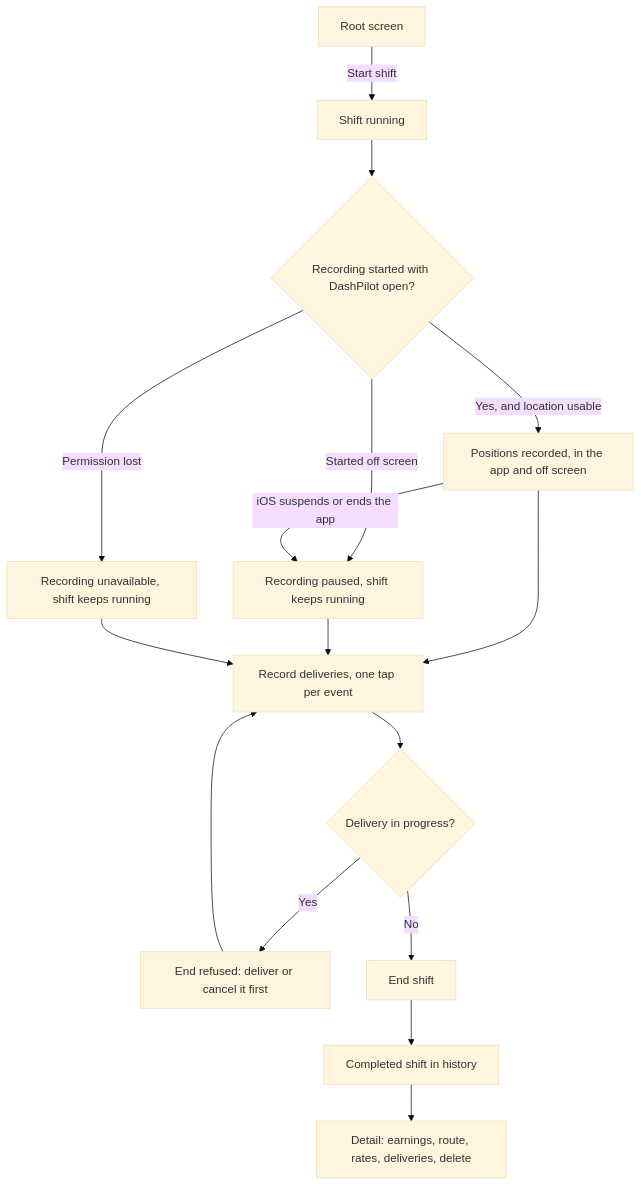
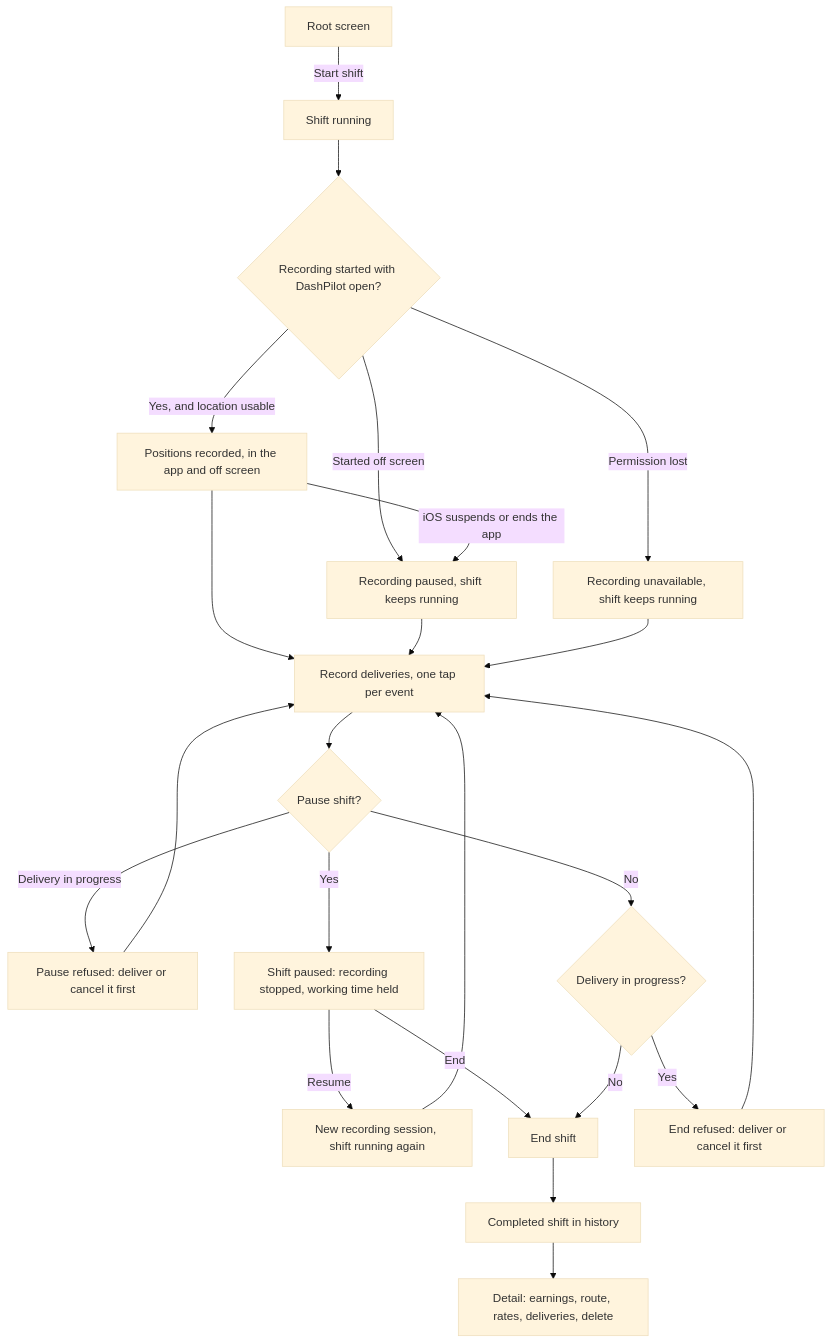
Before and after one commit to quangshuynh/dashpilot: the diagram in docs/product/shift-workflow.md, drawn with Mermaid (base theme). The commit also changed other lines of this file and 27 other files, not shown here.

````diff
--- a/docs/product/shift-workflow.md
+++ b/docs/product/shift-workflow.md
@@ -6,18 +6,25 @@
 ```mermaid
 flowchart TD
     A[Root screen] -->|Start shift| B[Shift running]
     B --> C{Recording started with DashPilot open?}
     C -->|Yes, and location usable| D[Positions recorded, in the app and off screen]
     C -->|Started off screen| E[Recording paused, shift keeps running]
     C -->|Permission lost| F[Recording unavailable, shift keeps running]
     D -->|iOS suspends or ends the app| E
     D --> J[Record deliveries, one tap per event]
     E --> J
     F --> J
-    J --> K{Delivery in progress?}
+    J --> M{Pause shift?}
+    M -->|Delivery in progress| N[Pause refused: deliver or cancel it first]
+    N --> J
+    M -->|Yes| P[Shift paused: recording stopped, working time held]
+    P -->|Resume| Q[New recording session, shift running again]
+    Q --> J
+    P -->|End| G
+    M -->|No| K{Delivery in progress?}
     K -->|Yes| L[End refused: deliver or cancel it first]
     L --> J
     K -->|No| G[End shift]
     G --> H[Completed shift in history]
     H --> I[Detail: earnings, route, rates, deliveries, delete]
 ```
````
